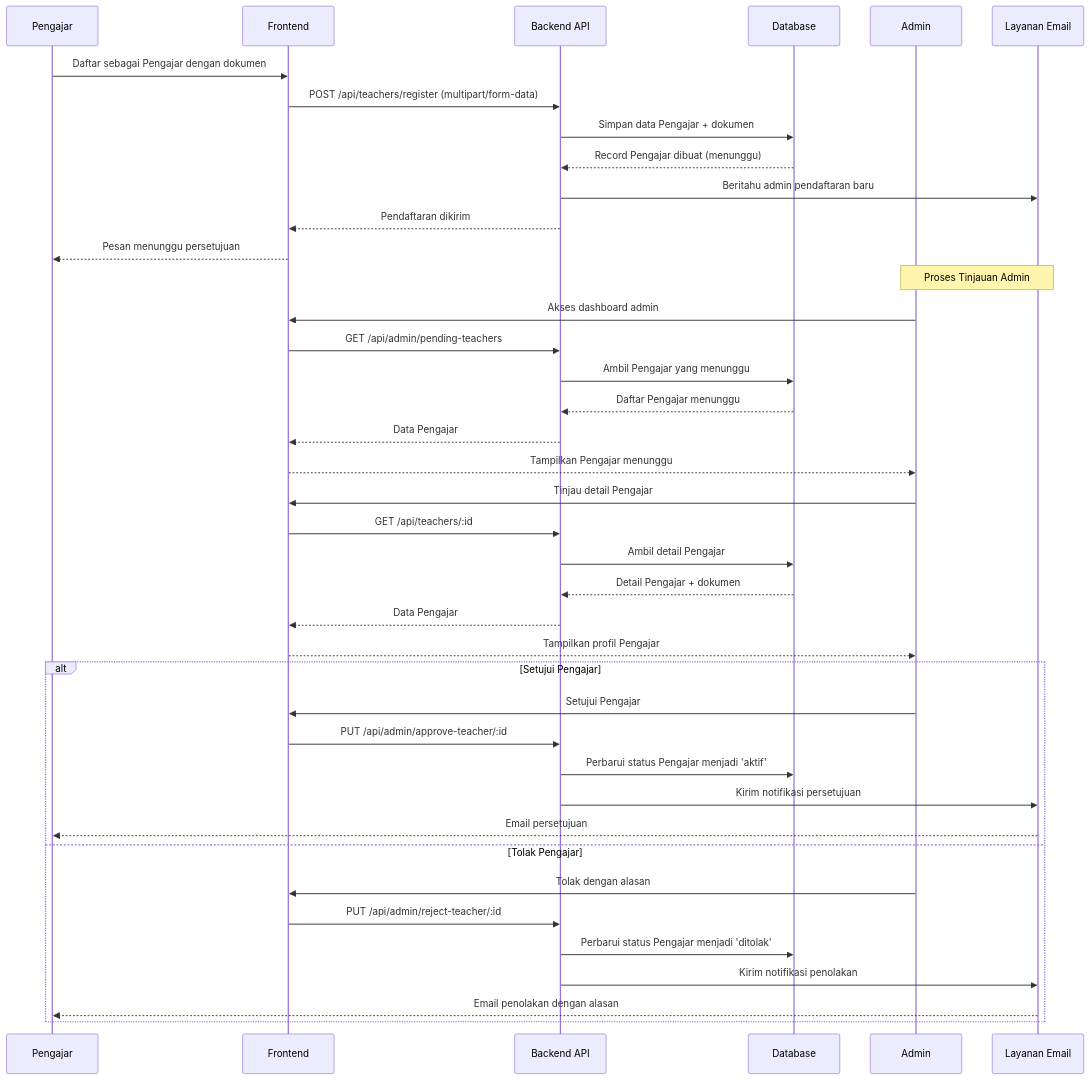
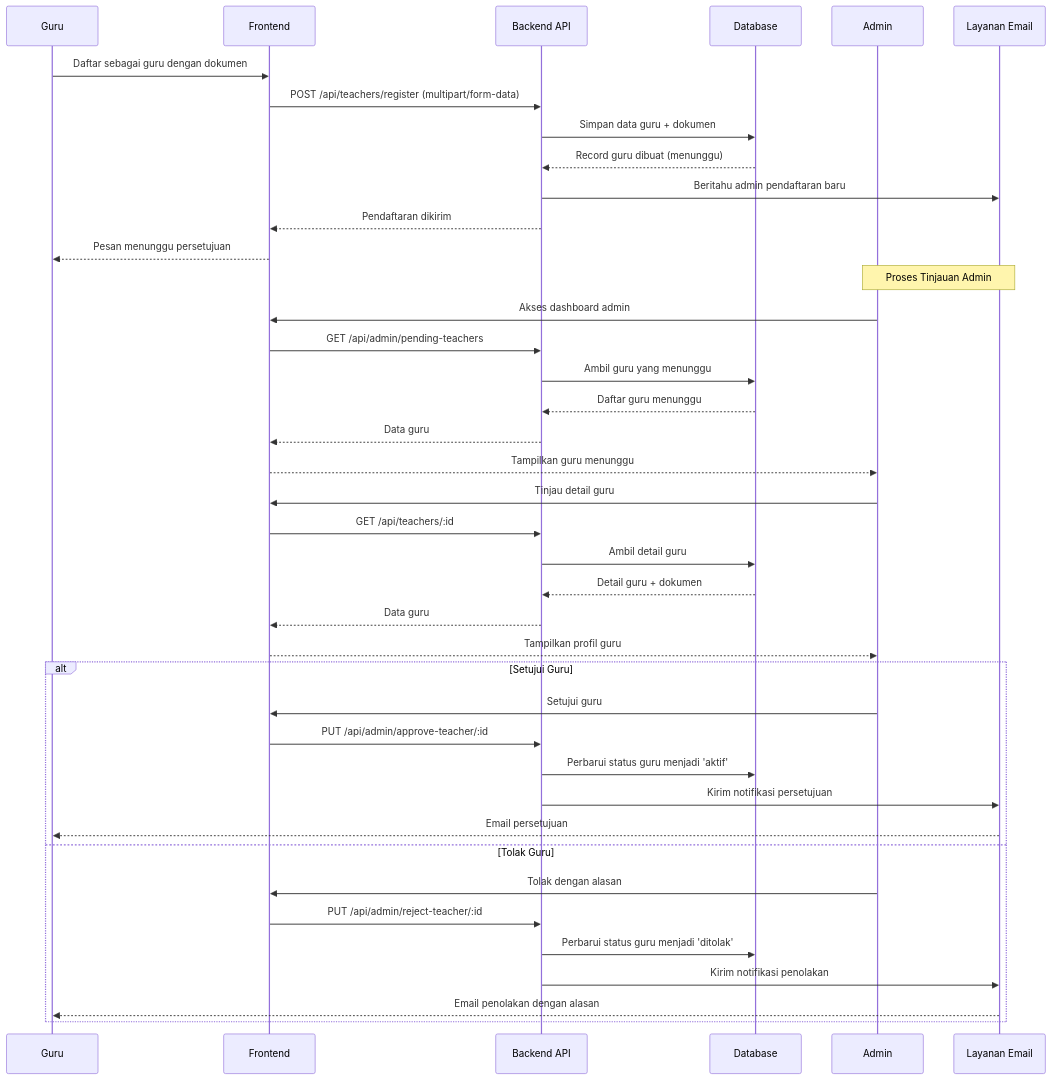
Before and after one commit to jonito2005/exam-expert-ai-docs: the second of 8 diagrams in sequence-diagrams.md, drawn with Mermaid. The commit also changed other lines of this file and 4 other files, not shown here.

````diff
--- a/sequence-diagrams.md
+++ b/sequence-diagrams.md
@@ -39,46 +52,46 @@
 ```mermaid
 sequenceDiagram
-    participant T as Pengajar
+    participant T as Guru
     participant F as Frontend
     participant API as Backend API
     participant DB as Database
     participant A as Admin
     participant Email as Layanan Email
 
-    T->>F: Daftar sebagai Pengajar dengan dokumen
+    T->>F: Daftar sebagai guru dengan dokumen
     F->>API: POST /api/teachers/register (multipart/form-data)
-    API->>DB: Simpan data Pengajar + dokumen
-    DB-->>API: Record Pengajar dibuat (menunggu)
+    API->>DB: Simpan data guru + dokumen
+    DB-->>API: Record guru dibuat (menunggu)
     API->>Email: Beritahu admin pendaftaran baru
     API-->>F: Pendaftaran dikirim
     F-->>T: Pesan menunggu persetujuan
 
     Note over A,Email: Proses Tinjauan Admin
     A->>F: Akses dashboard admin
     F->>API: GET /api/admin/pending-teachers
-    API->>DB: Ambil Pengajar yang menunggu
-    DB-->>API: Daftar Pengajar menunggu
-    API-->>F: Data Pengajar
-    F-->>A: Tampilkan Pengajar menunggu
+    API->>DB: Ambil guru yang menunggu
+    DB-->>API: Daftar guru menunggu
+    API-->>F: Data guru
+    F-->>A: Tampilkan guru menunggu
 
-    A->>F: Tinjau detail Pengajar
+    A->>F: Tinjau detail guru
     F->>API: GET /api/teachers/:id
-    API->>DB: Ambil detail Pengajar
-    DB-->>API: Detail Pengajar + dokumen
-    API-->>F: Data Pengajar
-    F-->>A: Tampilkan profil Pengajar
+    API->>DB: Ambil detail guru
+    DB-->>API: Detail guru + dokumen
+    API-->>F: Data guru
+    F-->>A: Tampilkan profil guru
 
-    alt Setujui Pengajar
-        A->>F: Setujui Pengajar
+    alt Setujui Guru
+        A->>F: Setujui guru
         F->>API: PUT /api/admin/approve-teacher/:id
-        API->>DB: Perbarui status Pengajar menjadi 'aktif'
+        API->>DB: Perbarui status guru menjadi 'aktif'
         API->>Email: Kirim notifikasi persetujuan
         Email-->>T: Email persetujuan
-    else Tolak Pengajar
+    else Tolak Guru
         A->>F: Tolak dengan alasan
         F->>API: PUT /api/admin/reject-teacher/:id
-        API->>DB: Perbarui status Pengajar menjadi 'ditolak'
+        API->>DB: Perbarui status guru menjadi 'ditolak'
         API->>Email: Kirim notifikasi penolakan
         Email-->>T: Email penolakan dengan alasan
     end
 ```
````
